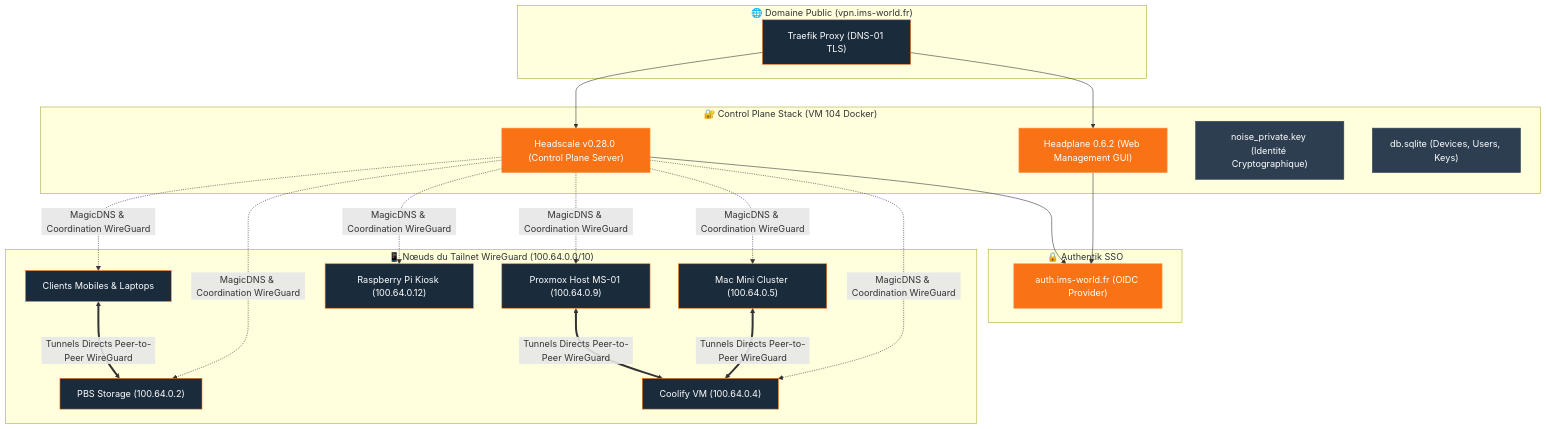
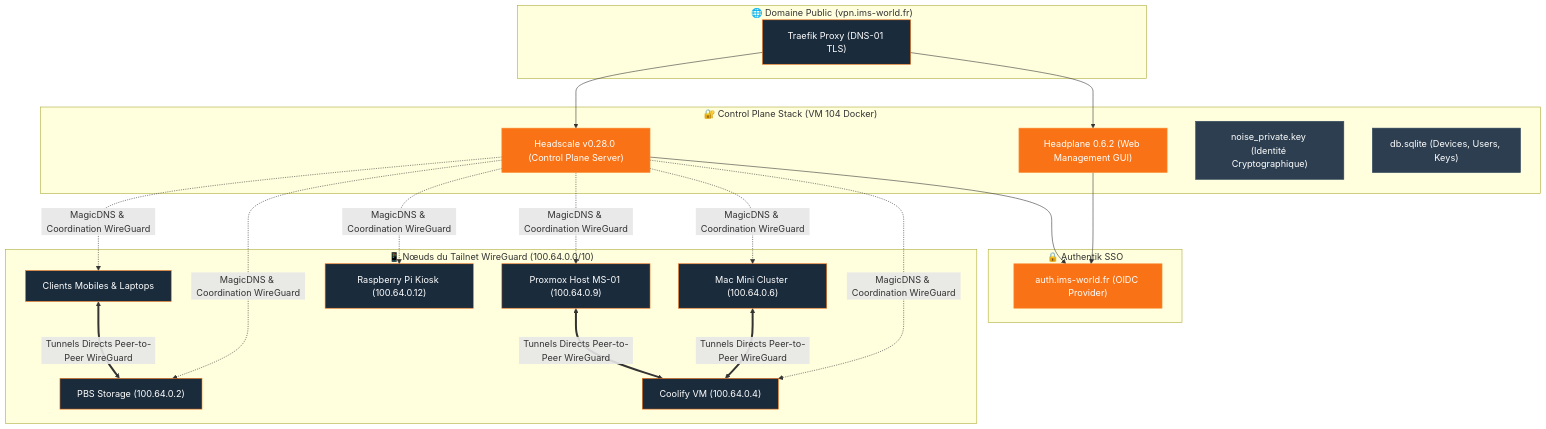
Before and after one commit to ims-world/docs: the diagram in services/headscale-headplane.md, drawn with Mermaid. The commit also changed 7 other files, not shown here.

Commit message:
docs: mise a jour de l'IP Tailscale du Mac Mini (100.64.0.6) sur l'ensemble de la documentation et des schemas

````diff
--- a/services/headscale-headplane.md
+++ b/services/headscale-headplane.md
@@ -60,49 +60,49 @@
 ```mermaid
 graph TB
     subgraph WAN_PUB ["🌐 Domaine Public (vpn.ims-world.fr)"]
         TRAEFIK["Traefik Proxy (DNS-01 TLS)"]
     end
 
     subgraph HEADSCALE_STACK ["🔐 Control Plane Stack (VM 104 Docker)"]
         HEADSCALE["Headscale v0.28.0 (Control Plane Server)"]
         HEADPLANE["Headplane 0.6.2 (Web Management GUI)"]
         NOISE_KEY["noise_private.key (Identité Cryptographique)"]
         DB_SQLITE["db.sqlite (Devices, Users, Keys)"]
     end
 
     subgraph OIDC_AUTH ["🔒 Authentik SSO"]
         AUTH_SRV["auth.ims-world.fr (OIDC Provider)"]
     end
 
     subgraph TAILNET_NODES ["📱 Nœuds du Tailnet WireGuard (100.64.0.0/10)"]
-        MAC["Mac Mini Cluster (100.64.0.5)"]
+        MAC["Mac Mini Cluster (100.64.0.6)"]
         PVE["Proxmox Host MS-01 (100.64.0.9)"]
         PBS["PBS Storage (100.64.0.2)"]
         COOL["Coolify VM (100.64.0.4)"]
         RPI["Raspberry Pi Kiosk (100.64.0.12)"]
         MOBILE["Clients Mobiles & Laptops"]
     end
 
     TRAEFIK --> HEADSCALE
     TRAEFIK --> HEADPLANE
     HEADPLANE --> AUTH_SRV
     HEADSCALE --> AUTH_SRV
 
     HEADSCALE -.->|MagicDNS & Coordination WireGuard| MAC
     HEADSCALE -.->|MagicDNS & Coordination WireGuard| PVE
     HEADSCALE -.->|MagicDNS & Coordination WireGuard| PBS
     HEADSCALE -.->|MagicDNS & Coordination WireGuard| COOL
     HEADSCALE -.->|MagicDNS & Coordination WireGuard| RPI
     HEADSCALE -.->|MagicDNS & Coordination WireGuard| MOBILE
 
     MAC <==>|Tunnels Directs Peer-to-Peer WireGuard| COOL
     PVE <==>|Tunnels Directs Peer-to-Peer WireGuard| COOL
     MOBILE <==>|Tunnels Directs Peer-to-Peer WireGuard| PBS
 
     classDef srv fill:#F97316,stroke:#FB923C,color:#fff;
     classDef key fill:#2c3e50,stroke:#34495e,color:#fff;
     classDef node fill:#1a2b3c,stroke:#F97316,color:#fff;
     class HEADSCALE,HEADPLANE,AUTH_SRV srv;
     class NOISE_KEY,DB_SQLITE key;
     class MAC,PVE,PBS,COOL,RPI,MOBILE node;
 ```
````
